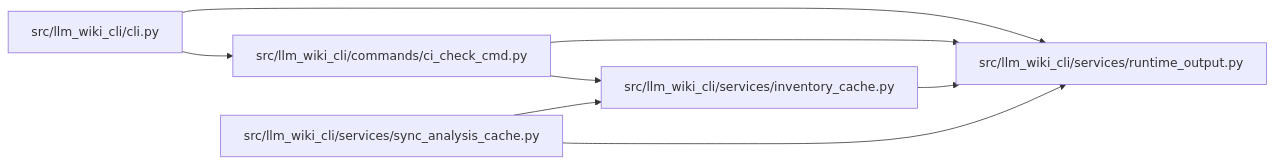
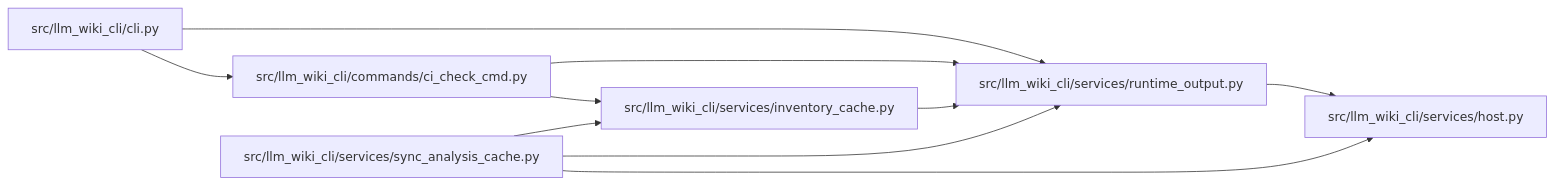
The diagram in docs/llm_wiki/modules/runtime_output.md (Denissvgn/python-wiki-llm), drawn with Mermaid before and after one commit. The commit also changed other lines of this file and 1555 other files, not shown here.

````diff
--- a/docs/llm_wiki/modules/runtime_output.md
+++ b/docs/llm_wiki/modules/runtime_output.md
@@ -24,20 +24,24 @@
 ```mermaid
 flowchart LR
     n0["src/llm_wiki_cli/cli.py"]
     n1["src/llm_wiki_cli/commands/ci_check_cmd.py"]
-    n2["src/llm_wiki_cli/services/inventory_cache.py"]
-    n3["src/llm_wiki_cli/services/runtime_output.py"]
-    n4["src/llm_wiki_cli/services/sync_analysis_cache.py"]
+    n2["src/llm_wiki_cli/services/host.py"]
+    n3["src/llm_wiki_cli/services/inventory_cache.py"]
+    n4["src/llm_wiki_cli/services/runtime_output.py"]
+    n5["src/llm_wiki_cli/services/sync_analysis_cache.py"]
     n0 --> n1
-    n0 --> n3
-    n1 --> n2
+    n0 --> n4
     n1 --> n3
-    n2 --> n3
+    n1 --> n4
+    n3 --> n4
     n4 --> n2
-    n4 --> n3
+    n5 --> n2
+    n5 --> n3
+    n5 --> n4
     click n0 "../modules/cli.md"
     click n1 "../modules/ci_check_cmd.md"
-    click n2 "../modules/inventory_cache.md"
-    click n3 "../modules/runtime_output.md"
-    click n4 "../modules/sync_analysis_cache.md"
+    click n2 "../modules/host.md"
+    click n3 "../modules/inventory_cache.md"
+    click n4 "../modules/runtime_output.md"
+    click n5 "../modules/sync_analysis_cache.md"
 ```
````
